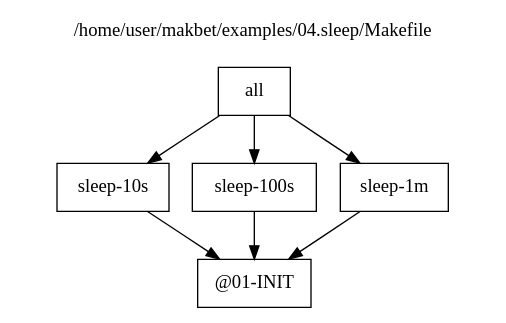
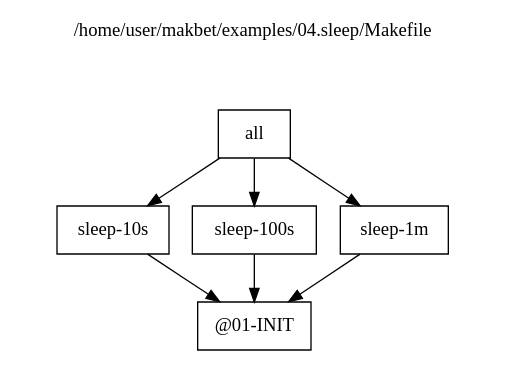
Before and after one commit to skaluzka/makbet: the diagram in docs/examples/04.sleep/results.dot, drawn with Graphviz. The commit also changed 11 other files, not shown here.

Commit message:
[DEV] Add two empty lines to DOT graph title

```diff
--- a/docs/examples/04.sleep/results.dot
+++ b/docs/examples/04.sleep/results.dot
@@ -1,30 +1,30 @@
 digraph {
 
 // This file has been generated by makbet heads/master-0-g88262d1
 // Generation date: Sat 22 Aug 2020 10:29:46 PM CEST
 // Input: /home/user/makbet/examples/04.sleep/Makefile
 
 // Graph title.
 labelloc="t";
-label="/home/user/makbet/examples/04.sleep/Makefile\n\n"
+label="/home/user/makbet/examples/04.sleep/Makefile\n\n\n\n"
 
 // Node options.
 node [shape=box];
 
 
 "@01-INIT";
 
 "all" -> "sleep-10s";
 "all" -> "sleep-100s";
 "all" -> "sleep-1m";
 
 "sleep-100s" -> "@01-INIT";
 
 "sleep-10s" -> "@01-INIT";
 
 "sleep-1m" -> "@01-INIT";
 
 }
 
 
 // End of file
```
